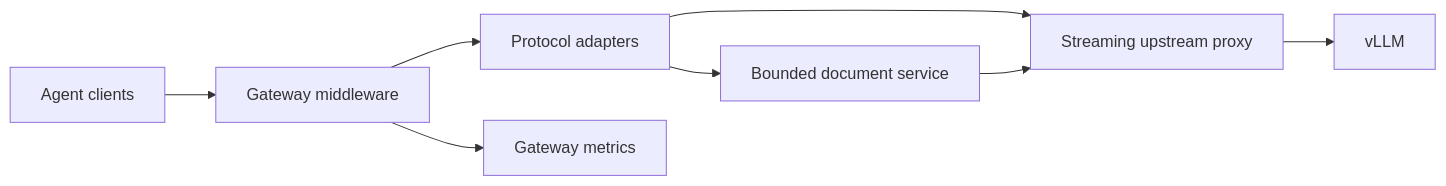
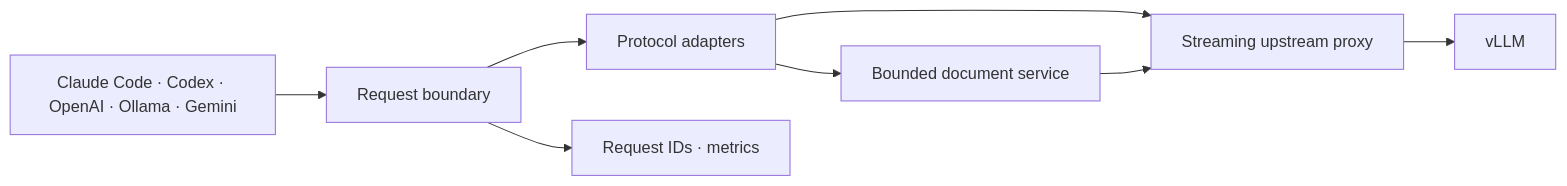
Before and after one commit to Cabbos/vllm-agent-gateway: the diagram in README.md, drawn with Mermaid. The commit also changed other lines of this file and 8 other files, not shown here.

````diff
--- a/README.md
+++ b/README.md
@@ -31,10 +85,10 @@
 ```mermaid
 flowchart LR
-    C["Agent clients"] --> M["Gateway middleware"]
-    M --> A["Protocol adapters"]
-    A --> D["Bounded document service"]
-    A --> P["Streaming upstream proxy"]
-    D --> P
-    P --> V["vLLM"]
-    M --> O["Gateway metrics"]
+    Clients["Claude Code · Codex · OpenAI · Ollama · Gemini"] --> Boundary["Request boundary"]
+    Boundary --> Adapters["Protocol adapters"]
+    Adapters --> Documents["Bounded document service"]
+    Adapters --> Stream["Streaming upstream proxy"]
+    Documents --> Stream
+    Stream --> VLLM["vLLM"]
+    Boundary --> Metrics["Request IDs · metrics"]
 ```
````
